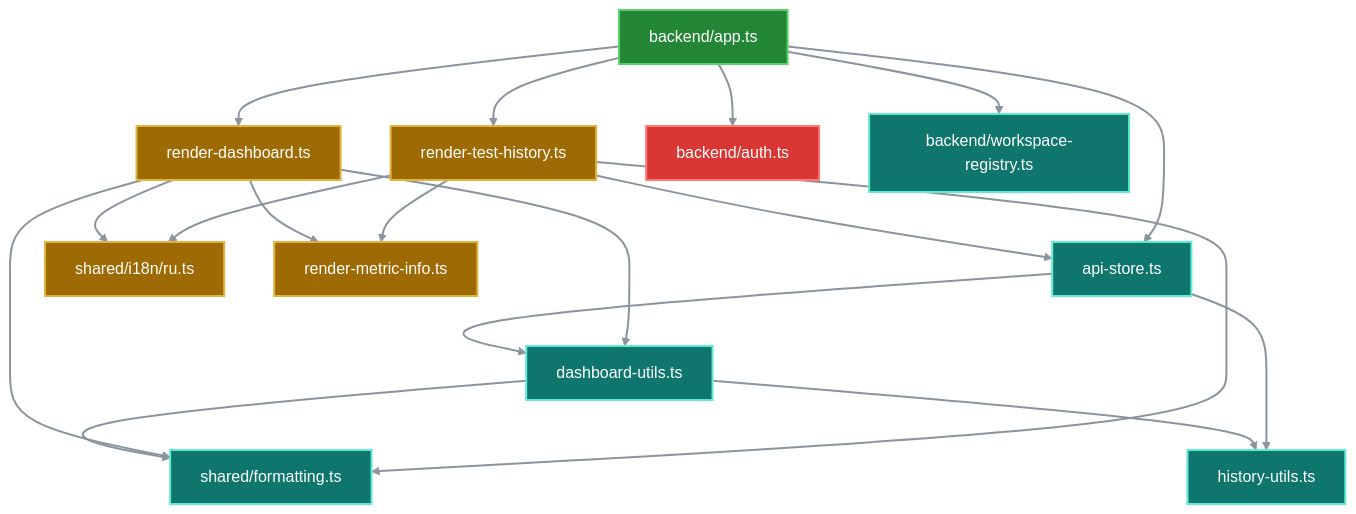
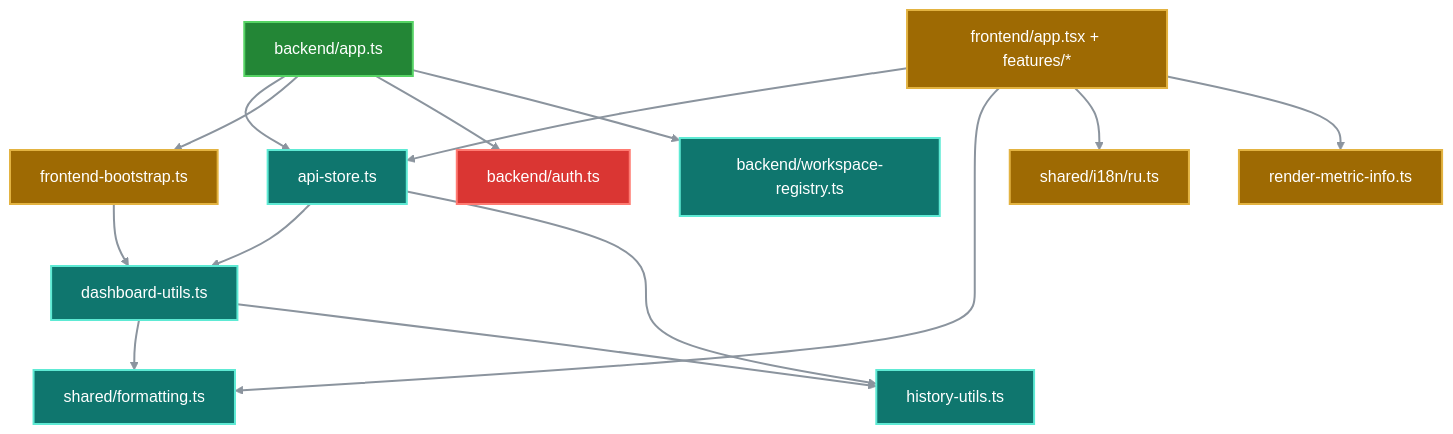
Before and after one commit to MrForbish/AQAPulse: the eighth of 10 diagrams in ARCHITECTURE-DIAGRAMS.md, drawn with Mermaid. The commit also changed other lines of this file and 4 other files, not shown here.

````diff
--- a/ARCHITECTURE-DIAGRAMS.md
+++ b/ARCHITECTURE-DIAGRAMS.md
@@ -380,56 +375,51 @@
 ```mermaid
 %%{init: {
     "theme": "base",
     "themeVariables": {
         "background": "#0d1117",
         "primaryColor": "#161b22",
         "primaryTextColor": "#e6edf3",
         "primaryBorderColor": "#3d444d",
         "secondaryColor": "#161b22",
         "secondaryTextColor": "#e6edf3",
         "secondaryBorderColor": "#3d444d",
         "tertiaryColor": "#161b22",
         "tertiaryTextColor": "#e6edf3",
         "tertiaryBorderColor": "#3d444d",
         "lineColor": "#8b949e",
         "textColor": "#e6edf3",
         "mainBkg": "#161b22",
         "clusterBkg": "#0d1117",
         "clusterBorder": "#3d444d",
         "edgeLabelBackground": "#161b22"
     }
 }}%%
 flowchart TD
         DU[dashboard-utils.ts] --> FMT[shared/formatting.ts]
         DU --> HIST[history-utils.ts]
 
         API[api-store.ts] --> DU
         API --> HIST
 
-        RD[render-dashboard.ts] --> DU
-        RD --> FMT
-        RD --> I18N[shared/i18n/ru.ts]
-        RD --> METRICINFO[render-metric-info.ts]
-
-        RTH[render-test-history.ts] --> API
-        RTH --> FMT
-        RTH --> I18N
-        RTH --> METRICINFO
+        SHELL[frontend-bootstrap.ts] --> DU
+        FRONTEND[frontend/app.tsx + features/*] --> API
+        FRONTEND --> FMT
+        FRONTEND --> I18N[shared/i18n/ru.ts]
+        FRONTEND --> METRICINFO[render-metric-info.ts]
 
         APP[backend/app.ts] --> API
-        APP --> RD
-        APP --> RTH
+        APP --> SHELL
         APP --> AUTH[backend/auth.ts]
         APP --> REG[backend/workspace-registry.ts]
 
         classDef runtime fill:#238636,stroke:#56d364,color:#ffffff,stroke-width:2px;
         classDef auth fill:#da3633,stroke:#ff7b72,color:#ffffff,stroke-width:2px;
         classDef ui fill:#9e6a03,stroke:#e3b341,color:#ffffff,stroke-width:2px;
         classDef util fill:#0f766e,stroke:#5eead4,color:#ffffff,stroke-width:2px;
 
         class APP runtime;
         class AUTH auth;
-        class RD,RTH,I18N,METRICINFO ui;
+        class SHELL,FRONTEND,I18N,METRICINFO ui;
         class DU,FMT,HIST,API,REG util;
         linkStyle default stroke:#8b949e,stroke-width:2px;
 ```
````
